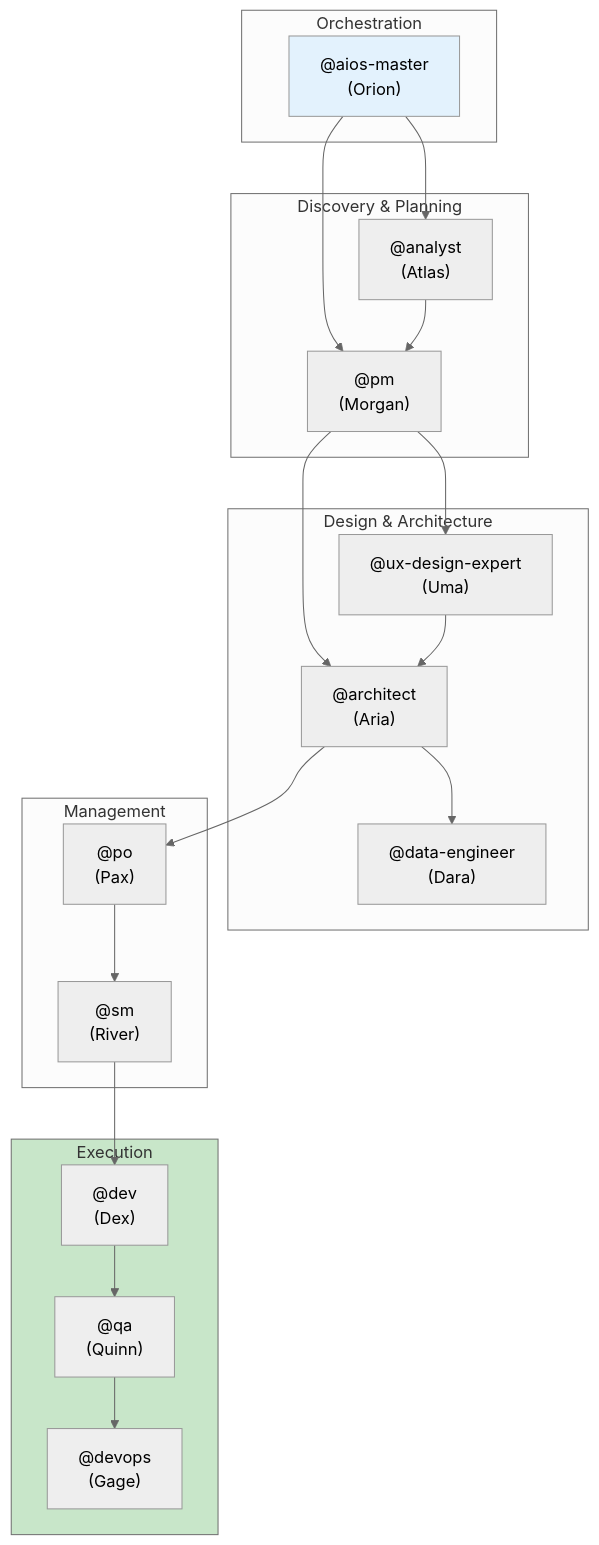
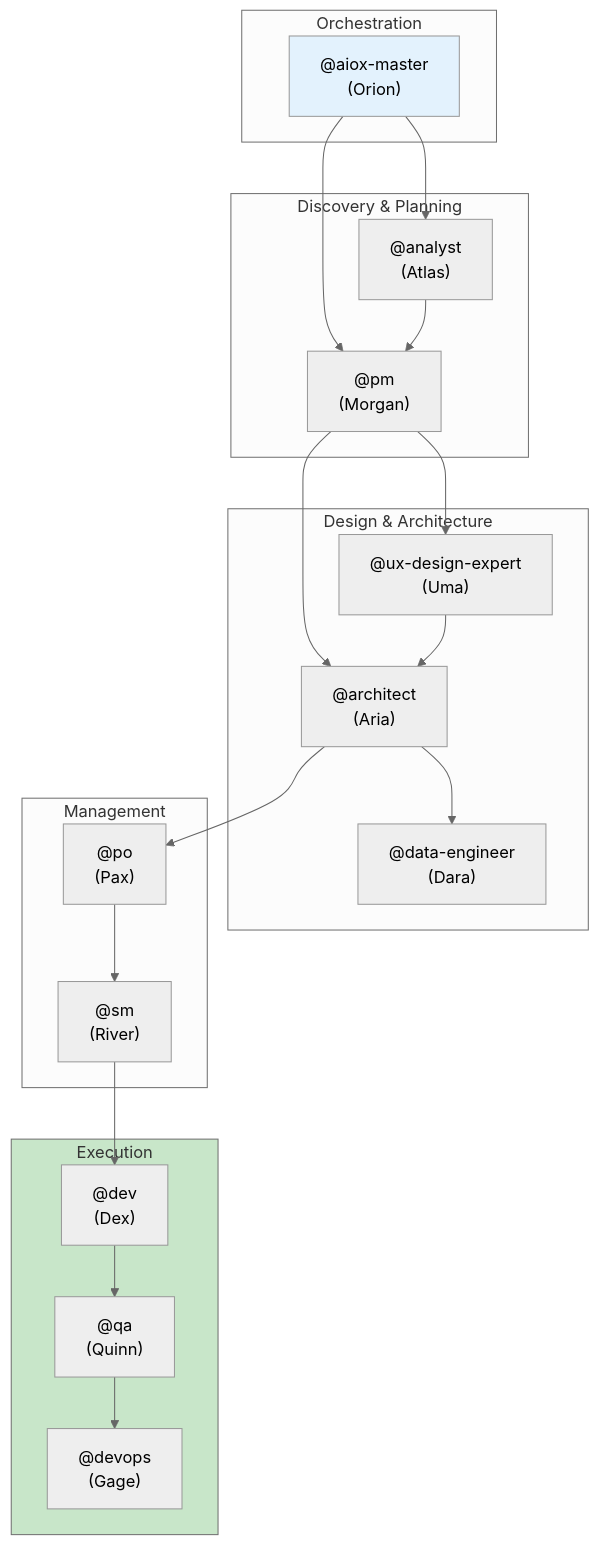
One commit to henriquetj159/henriquetj changed the diagram in docs/en/aiox-agent-flows/README.md. Above: the diagram before and after it, drawn with Mermaid (neutral theme). The commit also changed other lines of this file and 2056 other files, not shown here.

First line of the commit message:
chore: update aios→aiox references in file contents

````diff
--- a/docs/en/aiox-agent-flows/README.md
+++ b/docs/en/aiox-agent-flows/README.md
@@ -98,44 +98,44 @@
 ```mermaid
 flowchart TB
     subgraph ORCHESTRATION["Orchestration"]
-        MASTER["@aios-master\n(Orion)"]
+        MASTER["@aiox-master\n(Orion)"]
     end
 
     subgraph DISCOVERY["Discovery & Planning"]
         ANALYST["@analyst\n(Atlas)"]
         PM["@pm\n(Morgan)"]
     end
 
     subgraph DESIGN["Design & Architecture"]
         ARCHITECT["@architect\n(Aria)"]
         UX["@ux-design-expert\n(Uma)"]
         DATA["@data-engineer\n(Dara)"]
     end
 
     subgraph MANAGEMENT["Management"]
         PO["@po\n(Pax)"]
         SM["@sm\n(River)"]
     end
 
     subgraph EXECUTION["Execution"]
         DEV["@dev\n(Dex)"]
         QA["@qa\n(Quinn)"]
         DEVOPS["@devops\n(Gage)"]
     end
 
     MASTER --> ANALYST
     MASTER --> PM
     ANALYST --> PM
     PM --> UX
     PM --> ARCHITECT
     UX --> ARCHITECT
     ARCHITECT --> DATA
     ARCHITECT --> PO
     PO --> SM
     SM --> DEV
     DEV --> QA
     QA --> DEVOPS
 
     style MASTER fill:#e3f2fd
     style EXECUTION fill:#c8e6c9
 ```
````
